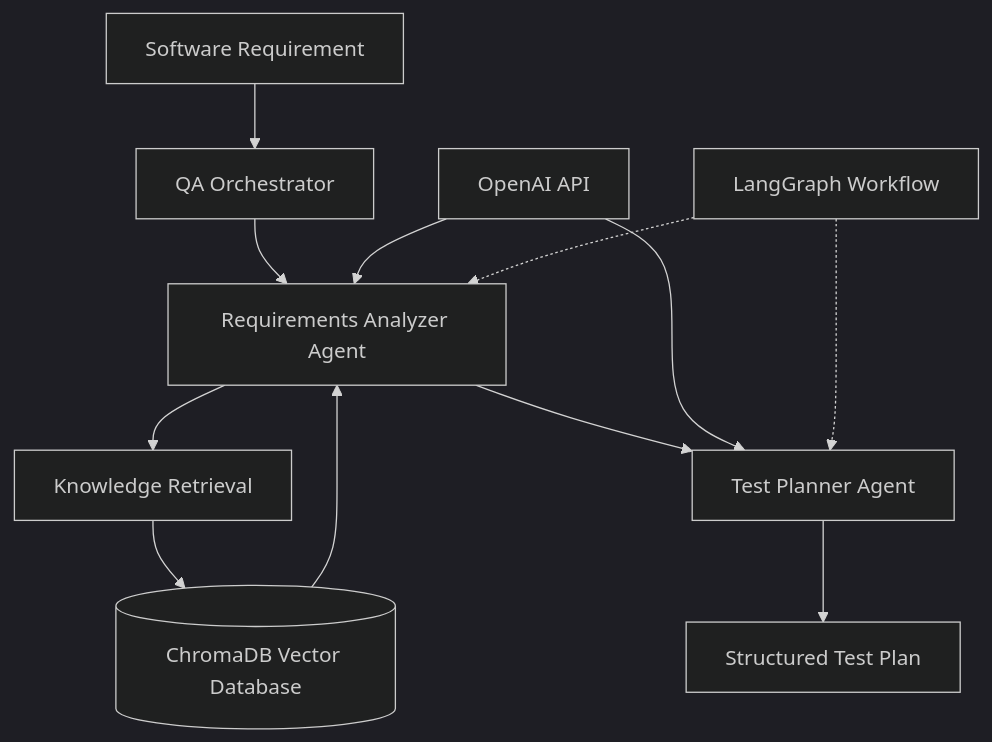
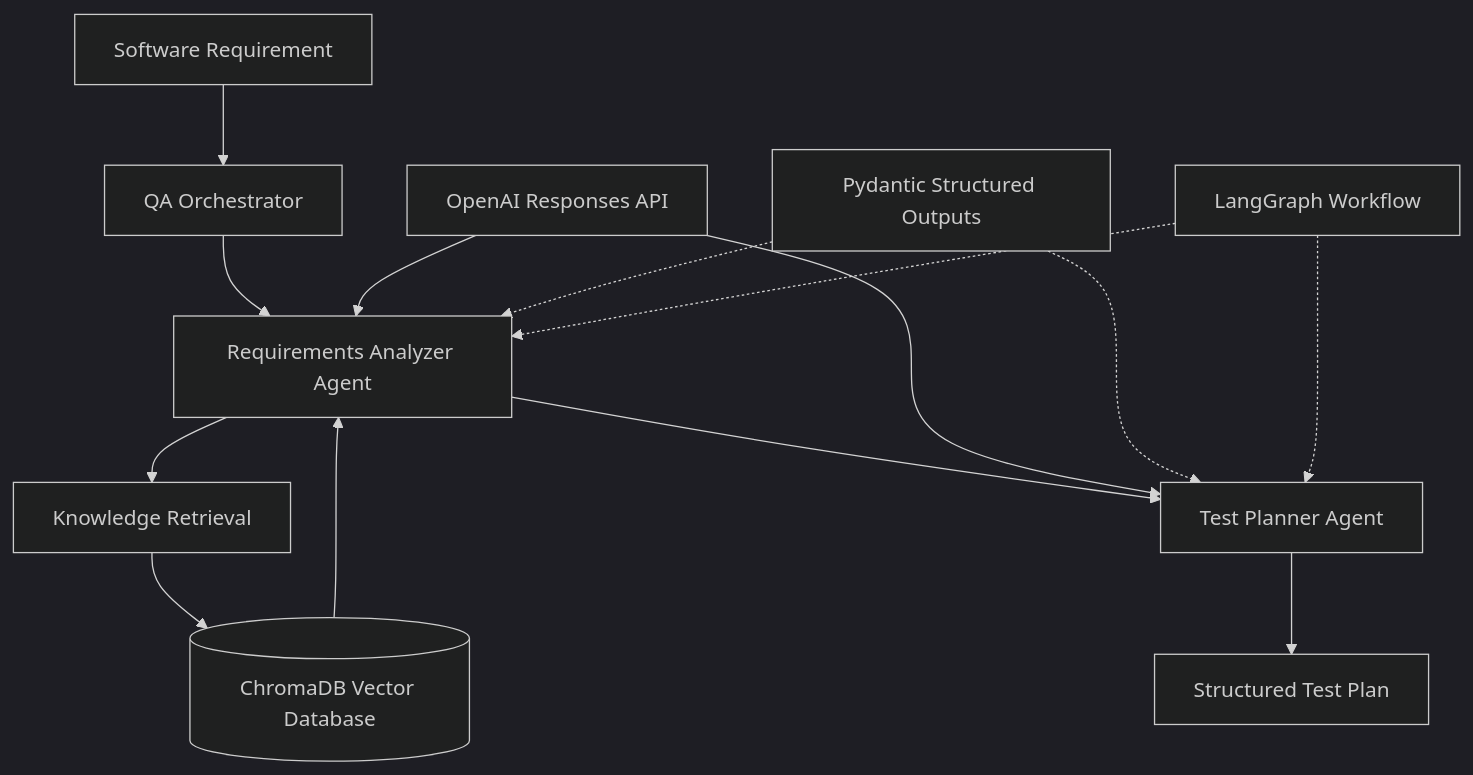
Before and after one commit to bailona/05-agentic-ai-qa-framework: the diagram in README.md, drawn with Mermaid (dark theme). The commit also changed other lines of this file and 5 other files, not shown here.

Commit message:
Implement OpenAI Structured Outputs with Pydantic

````diff
--- a/README.md
+++ b/README.md
@@ -31,16 +33,19 @@
 ```mermaid
 flowchart TD
     A["Software Requirement"] --> B["QA Orchestrator"]
     B --> C["Requirements Analyzer Agent"]
     C --> D["Knowledge Retrieval"]
     D --> E[("ChromaDB Vector Database")]
     E --> C
     C --> F["Test Planner Agent"]
     F --> G["Structured Test Plan"]
 
-    H["OpenAI API"] --> C
+    H["OpenAI Responses API"] --> C
     H --> F
 
-    I["LangGraph Workflow"] -.-> C
+    I["Pydantic Structured Outputs"] -.-> C
     I -.-> F
+
+    J["LangGraph Workflow"] -.-> C
+    J -.-> F
 ```
````
